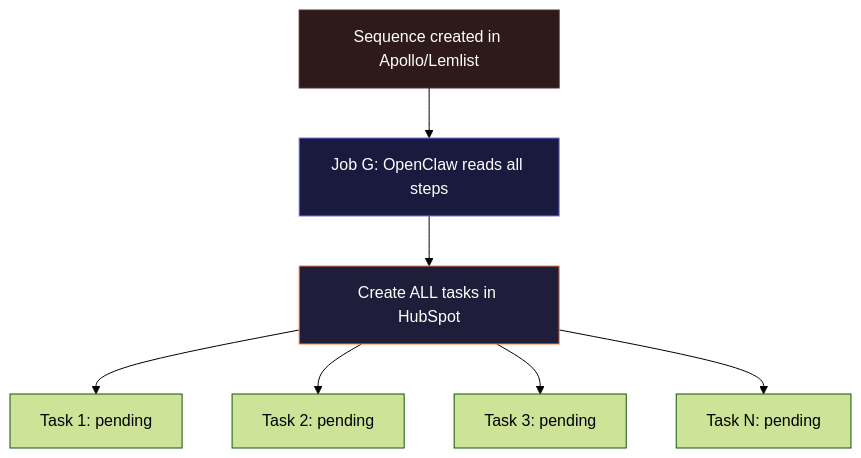
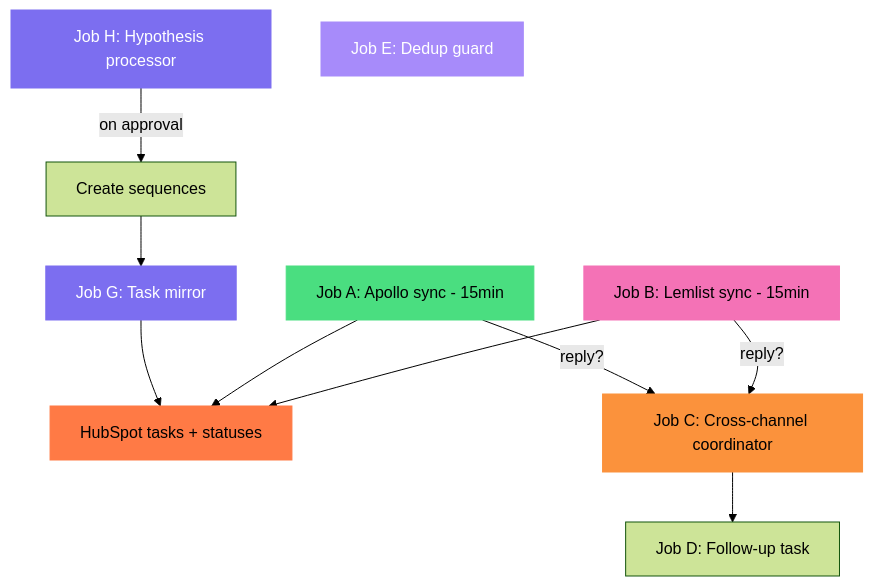
One commit to Artemponomarev/ai-agent-guides changed the fifth of 8 diagrams in Kernelics email outreaching automation/architecture.md. Above: the diagram before and after it, drawn with Mermaid (forest theme). The commit also changed other lines of this file, not shown here.

First line of the commit message:
Rewrite architecture: hypothesis-driven workflow with OpenClaw orchestration

````diff
--- a/Kernelics email outreaching automation/architecture.md
+++ b/Kernelics email outreaching automation/architecture.md
@@ -103,14 +304,20 @@
 ```mermaid
 flowchart TD
-    SEQ[Sequence created in Apollo/Lemlist]
-    SEQ --> G[Job G: OpenClaw reads all steps]
-    G --> CREATE[Create ALL tasks in HubSpot]
-    CREATE --> T1[Task 1: pending]
-    CREATE --> T2[Task 2: pending]
-    CREATE --> T3[Task 3: pending]
-    CREATE --> TN[Task N: pending]
+    H[Job H: Hypothesis processor] -->|on approval| CREATE[Create sequences]
+    CREATE --> G[Job G: Task mirror]
+    G --> HS[HubSpot tasks + statuses]
+    A[Job A: Apollo sync - 15min] --> HS
+    B[Job B: Lemlist sync - 15min] --> HS
+    A -->|reply?| C[Job C: Cross-channel coordinator]
+    B -->|reply?| C
+    C --> D[Job D: Follow-up task]
+    E[Job E: Dedup guard]
 
-    style SEQ fill:#2e1a1a,stroke:#4a2e2e,color:#fff
-    style G fill:#1a1a3e,stroke:#7c6ef0,color:#fff
-    style CREATE fill:#1e1e3a,stroke:#ff7a45,color:#fff
+    style HS fill:#ff7a45,stroke:#ff7a45,color:#000
+    style H fill:#7c6ef0,stroke:#7c6ef0,color:#fff
+    style G fill:#7c6ef0,stroke:#7c6ef0,color:#fff
+    style A fill:#4ade80,stroke:#4ade80,color:#000
+    style B fill:#f472b6,stroke:#f472b6,color:#000
+    style C fill:#fb923c,stroke:#fb923c,color:#000
+    style E fill:#a78bfa,stroke:#a78bfa,color:#fff
 ```
````
